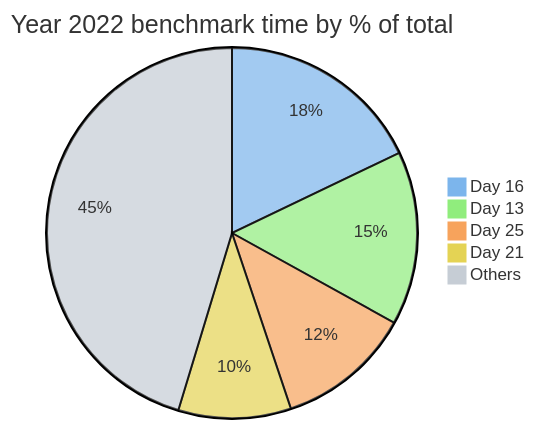
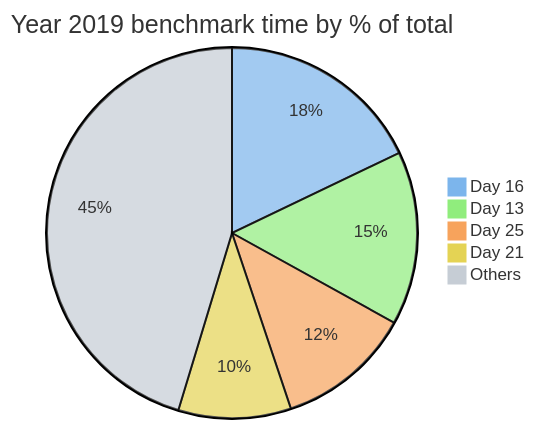
The fifth of 6 diagrams in README.md (maneatingape/advent-of-code-rust), drawn with Mermaid before and after one commit. The commit also changed other lines of this file, not shown here.

````diff
--- a/README.md
+++ b/README.md
@@ -203,10 +203,10 @@
 ```mermaid
 %%{init: {'theme': 'base', 'themeVariables': { 'pie1': '#7cb5ec', 'pie2': '#90ed7d', 'pie3': '#f7a35c', 'pie4': '#e4d354', 'pie5': '#c6cdd5'}}}%%
 pie
-    title Year 2022 benchmark time by % of total
+    title Year 2019 benchmark time by % of total
     "Day 16" : 4124
     "Day 13" : 3492
     "Day 25" : 2721
     "Day 21" : 2265
     "Others" : 10445
 ```
````
